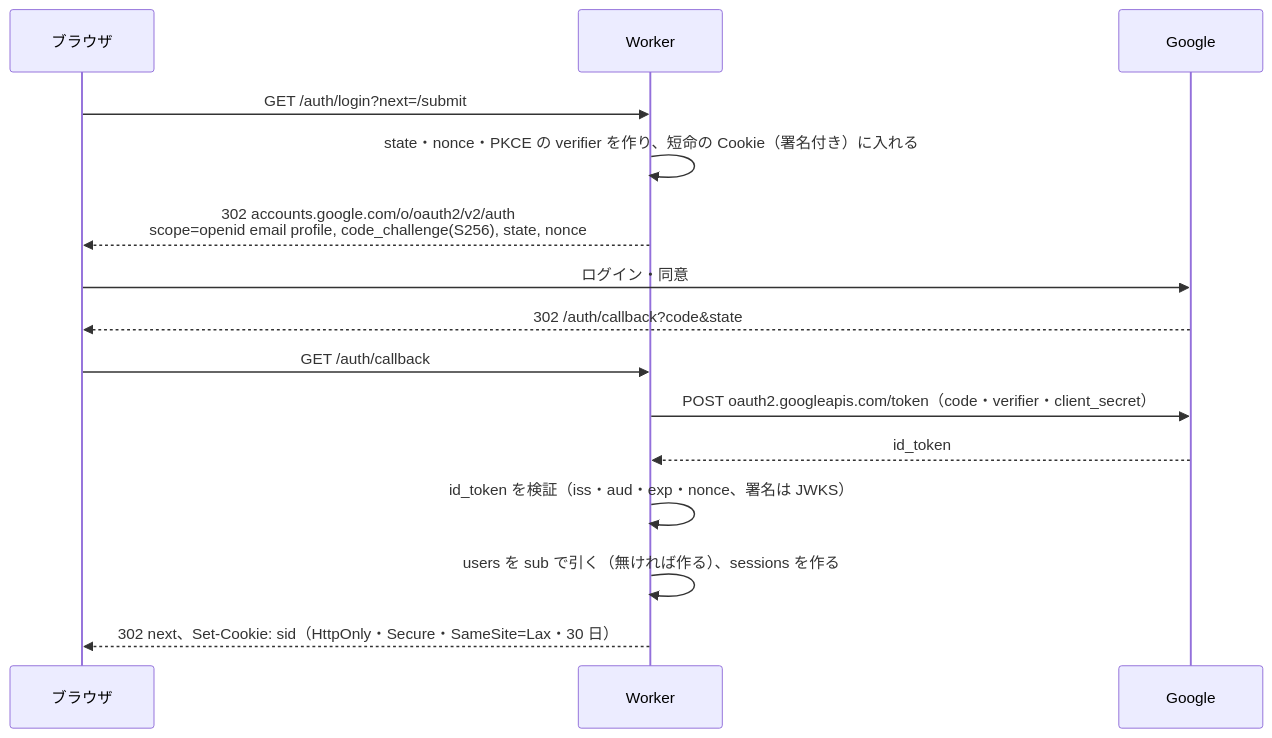
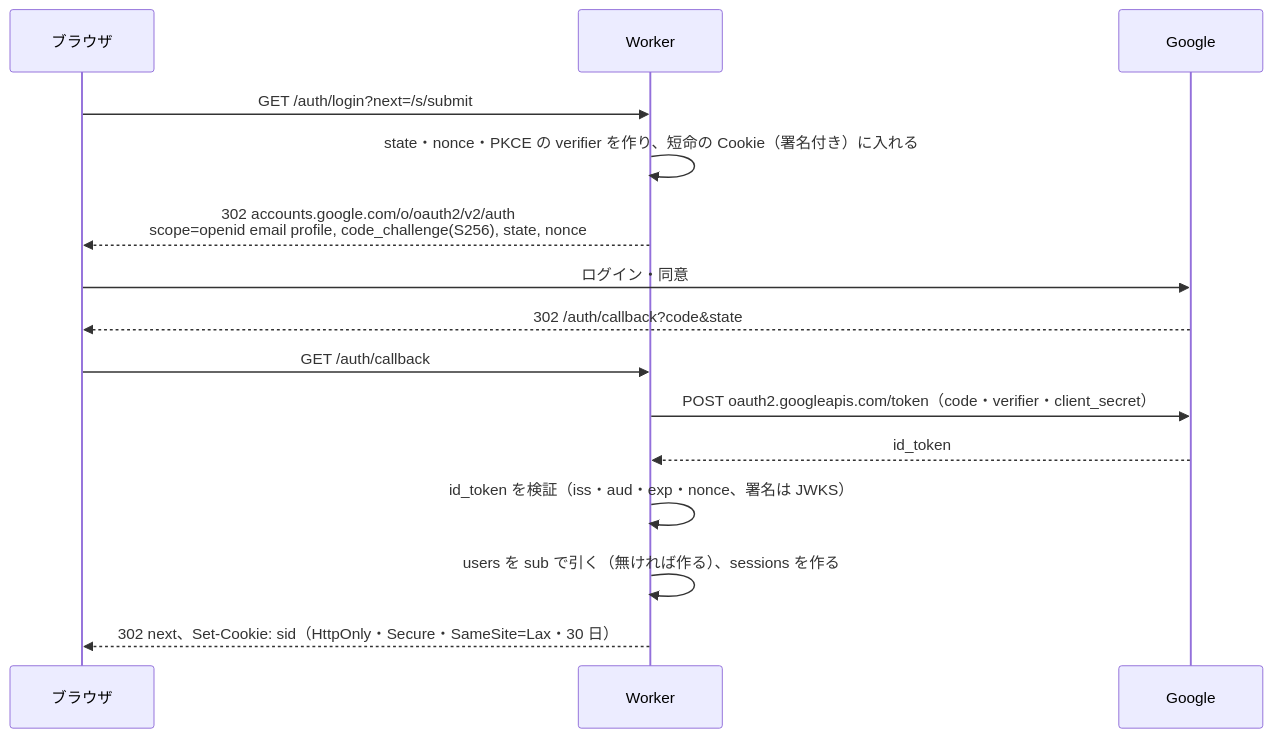
One commit to 7474/SRC-Site changed the second of 3 diagrams in docs/architecture.md. Above: the diagram before and after it, drawn with Mermaid. The commit also changed other lines of this file and 8 other files, not shown here.

````diff
--- a/docs/architecture.md
+++ b/docs/architecture.md
@@ -97,17 +97,17 @@
 ```mermaid
 sequenceDiagram
   participant B as ブラウザ
   participant W as Worker
   participant G as Google
-  B->>W: GET /auth/login?next=/submit
+  B->>W: GET /auth/login?next=/s/submit
   W->>W: state・nonce・PKCE の verifier を作り、短命の Cookie（署名付き）に入れる
   W-->>B: 302 accounts.google.com/o/oauth2/v2/auth<br/>scope=openid email profile, code_challenge(S256), state, nonce
   B->>G: ログイン・同意
   G-->>B: 302 /auth/callback?code&state
   B->>W: GET /auth/callback
   W->>G: POST oauth2.googleapis.com/token（code・verifier・client_secret）
   G-->>W: id_token
   W->>W: id_token を検証（iss・aud・exp・nonce、署名は JWKS）
   W->>W: users を sub で引く（無ければ作る）、sessions を作る
   W-->>B: 302 next、Set-Cookie: sid（HttpOnly・Secure・SameSite=Lax・30 日）
 ```
````
